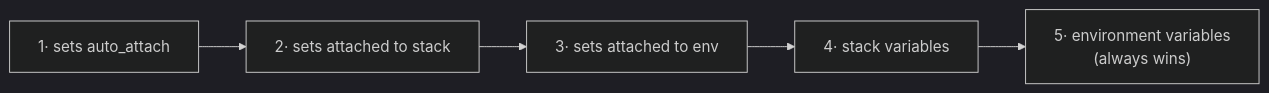
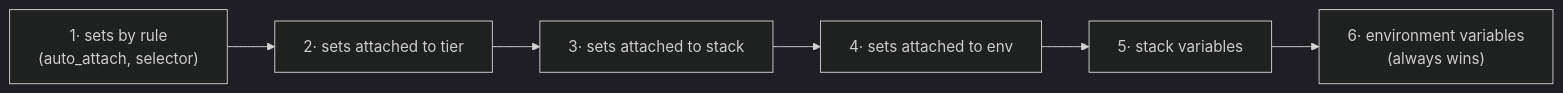
One commit to fmiquel90/stackd changed the diagram in docs/guide/variables.md. Above: the diagram before and after it, drawn with Mermaid (dark theme). The commit also changed other lines of this file and 12 other files, not shown here.

````diff
--- a/docs/guide/variables.md
+++ b/docs/guide/variables.md
@@ -24,7 +24,8 @@
 ```mermaid
 flowchart LR
-  A["1· sets auto_attach"] --> B["2· sets attached to stack"]
-  B --> C["3· sets attached to env"]
-  C --> D["4· stack variables"]
-  D --> E["5· environment variables<br/>(always wins)"]
+  A["1· sets by rule<br/>(auto_attach, selector)"] --> T["2· sets attached to tier"]
+  T --> B["3· sets attached to stack"]
+  B --> C["4· sets attached to env"]
+  C --> D["5· stack variables"]
+  D --> E["6· environment variables<br/>(always wins)"]
 ```
````
